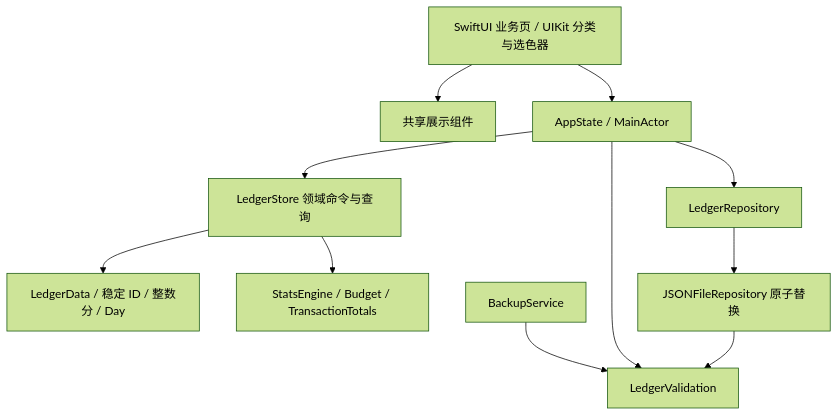
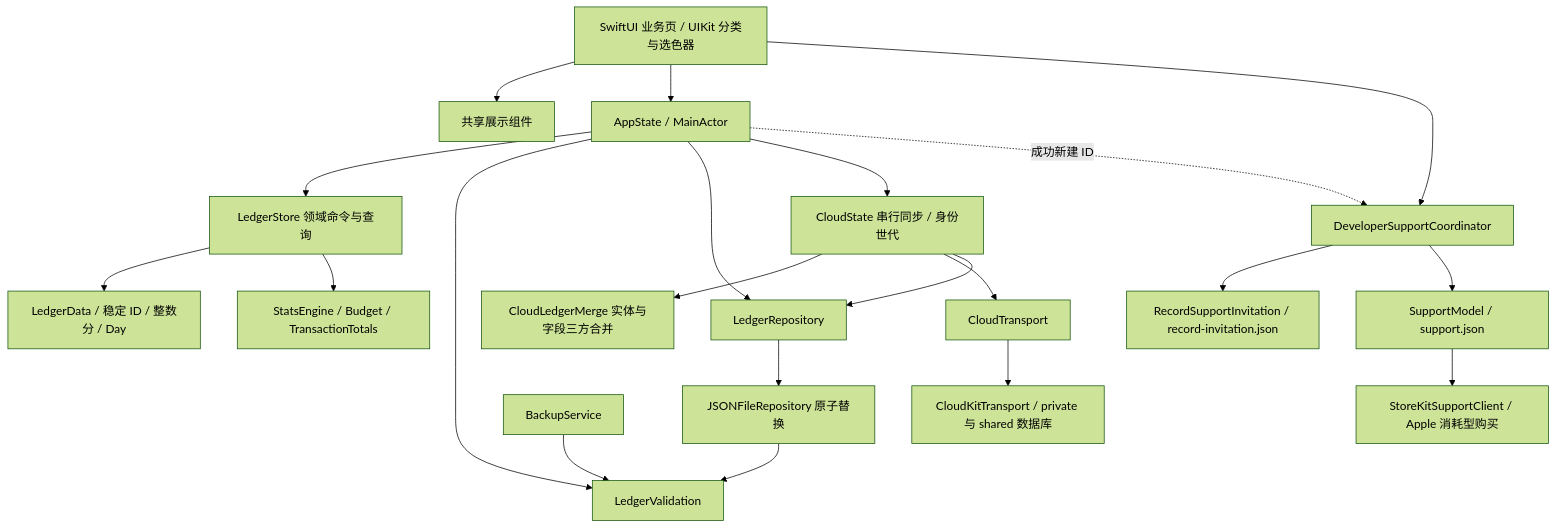
The diagram in docs/ARCHITECTURE.md (DMLayMan/iOS-accounting-app), drawn with Mermaid (forest theme) before and after one commit. The commit also changed other lines of this file and 506 other files, not shown here.

Commit message:
feat: deliver CloudKit collaboration and polish release candidate 13

````diff
--- a/docs/ARCHITECTURE.md
+++ b/docs/ARCHITECTURE.md
@@ -7,13 +13,23 @@
 ```mermaid
 flowchart TD
   View[SwiftUI 业务页 / UIKit 分类与选色器] --> Components[共享展示组件]
   View --> State[AppState / MainActor]
   State --> Store[LedgerStore 领域命令与查询]
   Store --> Model[LedgerData / 稳定 ID / 整数分 / Day]
   State --> Integrity[LedgerValidation]
   State --> Repository[LedgerRepository]
   Repository --> JSON[JSONFileRepository 原子替换]
   Backup[BackupService] --> Integrity
   JSON --> Integrity
   Store --> Stats[StatsEngine / Budget / TransactionTotals]
+  State --> Sync[CloudState 串行同步 / 身份世代]
+  Sync --> Merge[CloudLedgerMerge 实体与字段三方合并]
+  Sync --> Transport[CloudTransport]
+  Transport --> Apple[CloudKitTransport / private 与 shared 数据库]
+  Sync --> Repository
+  State -. 成功新建 ID .-> Support[DeveloperSupportCoordinator]
+  View --> Support
+  Support --> Gate[RecordSupportInvitation / record-invitation.json]
+  Support --> Payment[SupportModel / support.json]
+  Payment --> StoreKit[StoreKitSupportClient / Apple 消耗型购买]
 ```
````
